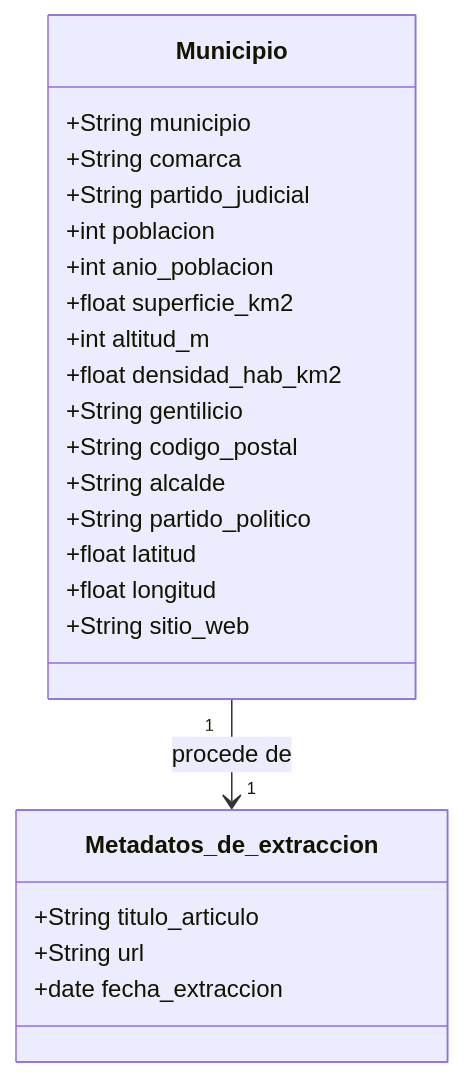
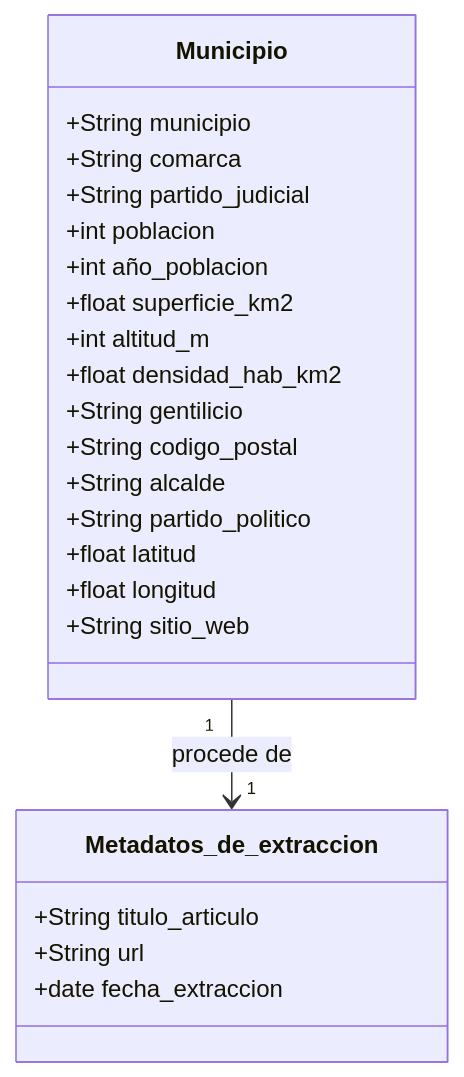
Before and after one commit to merayeret-eng/Municipios-Soria-Web-Scraping: the first of 2 diagrams in memoria.md, drawn with Mermaid. The commit also changed other lines of this file and 6 other files, not shown here.

First line of the commit message:
refactor(dataset): renombrar la columna a año_poblacion

````diff
--- a/memoria.md
+++ b/memoria.md
@@ -66,26 +66,26 @@
 ```mermaid
 classDiagram
     class Municipio {
         +String municipio
         +String comarca
         +String partido_judicial
         +int poblacion
-        +int anio_poblacion
+        +int año_poblacion
         +float superficie_km2
         +int altitud_m
         +float densidad_hab_km2
         +String gentilicio
         +String codigo_postal
         +String alcalde
         +String partido_politico
         +float latitud
         +float longitud
         +String sitio_web
     }
     class Metadatos_de_extraccion {
         +String titulo_articulo
         +String url
         +date fecha_extraccion
     }
     Municipio "1" --> "1" Metadatos_de_extraccion : procede de
 ```
````
